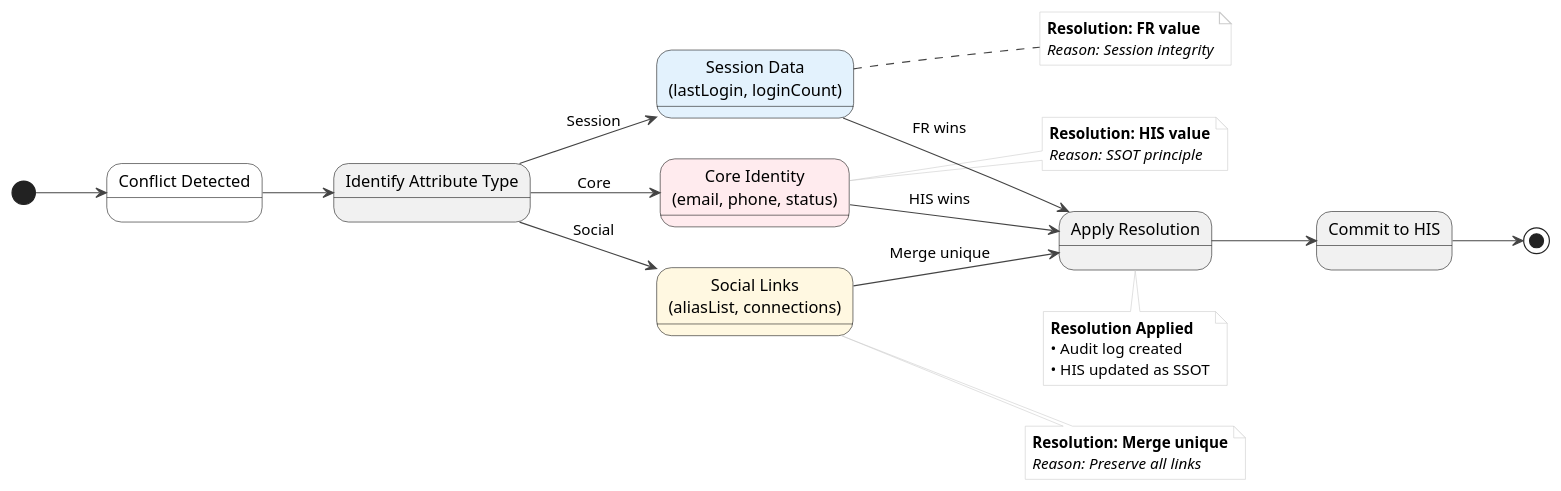
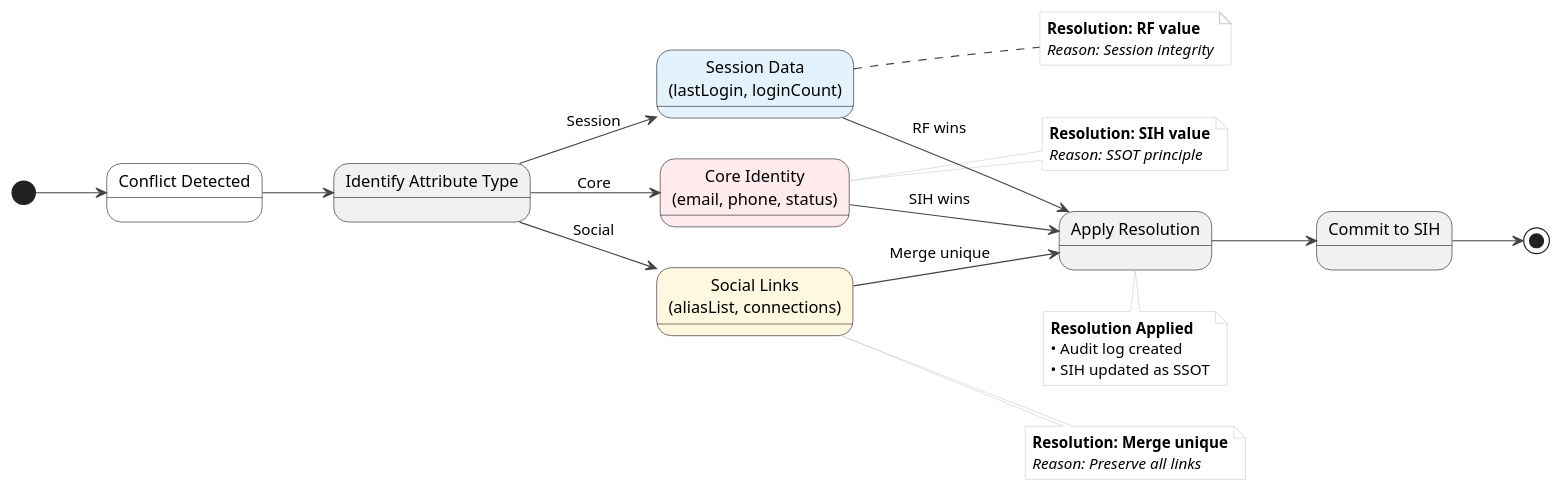
The seventh of 9 diagrams in MorganStanely/test2.md (ahmedHanie93/Personal-projects), drawn with PlantUML before and after one commit. The commit also changed other lines of this file, not shown here.

````diff
--- a/MorganStanely/test2.md
+++ b/MorganStanely/test2.md
@@ -233,63 +233,63 @@
 ```plantuml
 @startuml
 skinparam {
   state {
     BackgroundColor<<Core>> #FFEBEE
     BackgroundColor<<Session>> #E3F2FD
     BackgroundColor<<Entitlement>> #F1F8E9
     BackgroundColor<<Social>> #FFF8E1
     ArrowColor #444444
   }
   note {
     BackgroundColor #FFFFFF
     BorderColor #CCCCCC
   }
 }
 
 left to right direction
 
 state "Conflict Detected" as start #White
 state "Identify Attribute Type" as identify
 state "Core Identity\n(email, phone, status)" as core <<Core>>
 state "Session Data\n(lastLogin, loginCount)" as session <<Session>>
 state "Social Links\n(aliasList, connections)" as social <<Social>>
 state "Apply Resolution" as resolve
-state "Commit to HIS" as commit
+state "Commit to SIH" as commit
 
 [*] --> start
 start --> identify
 
 identify --> core : Core
 identify --> session : Session
 identify --> social : Social
 
-core --> resolve : HIS wins
-session --> resolve : FR wins
+core --> resolve : SIH wins
+session --> resolve : RF wins
 social --> resolve : Merge unique
 
 resolve --> commit
 commit --> [*]
 
 note right of core
-  <b>Resolution: HIS value</b>
+  <b>Resolution: SIH value</b>
   <i>Reason: SSOT principle</i>
 end note
 
 note right of session
-  <b>Resolution: FR value</b>
+  <b>Resolution: RF value</b>
   <i>Reason: Session integrity</i>
 end note
 
 
 note right of social
   <b>Resolution: Merge unique</b>
   <i>Reason: Preserve all links</i>
 end note
 
 note bottom of resolve
   <b>Resolution Applied</b>
   • Audit log created
-  • HIS updated as SSOT
+  • SIH updated as SSOT
 end note
 @enduml
 ```
````
